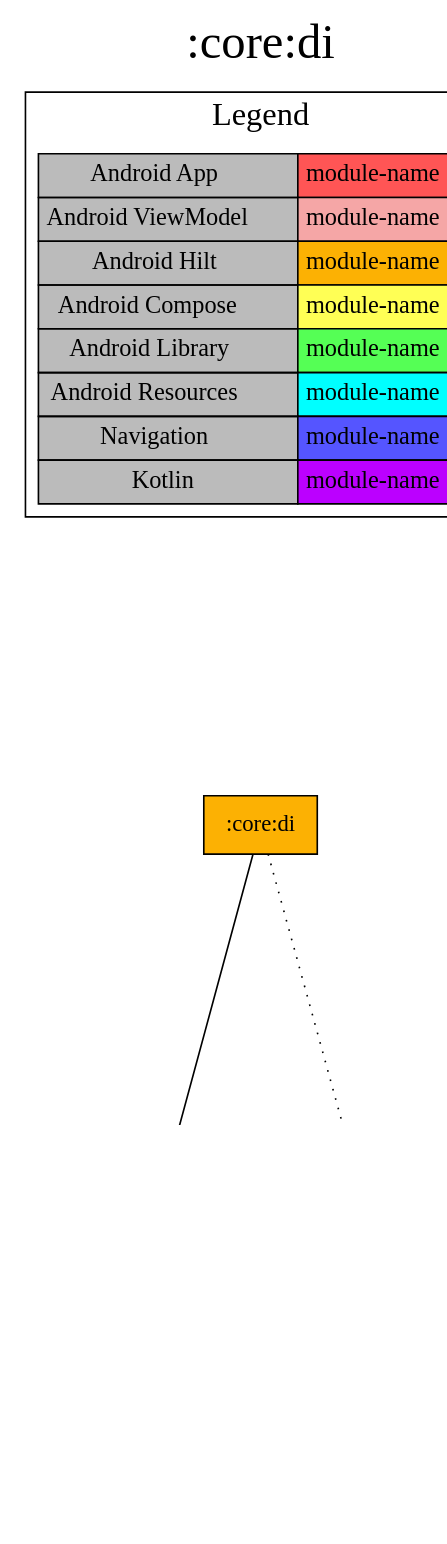
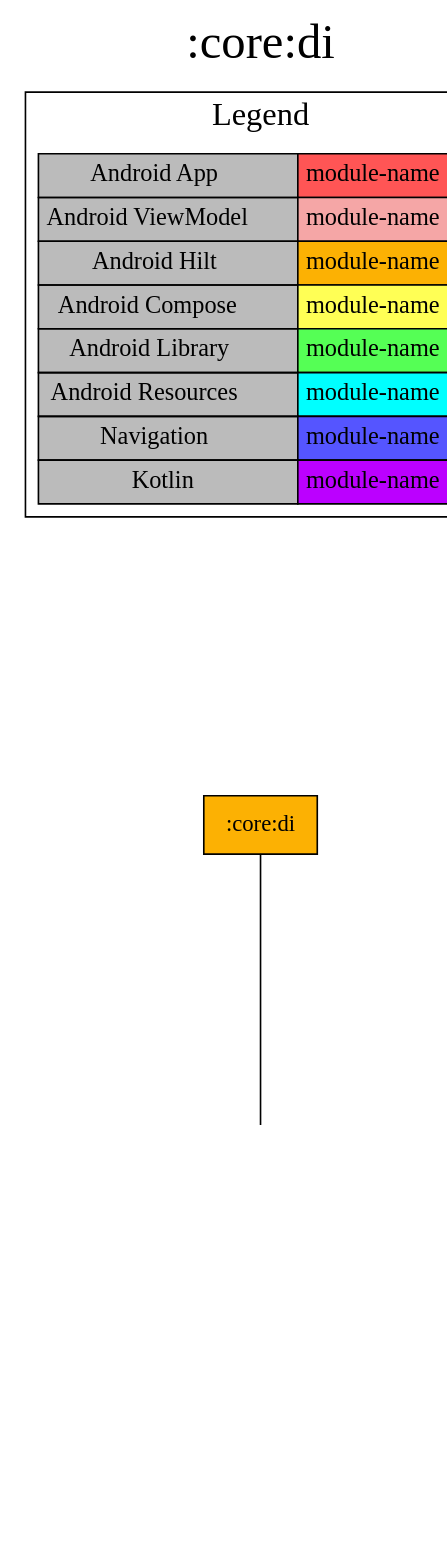
Before and after one commit to jonapoul/nasa-android: the diagram in modules/core/di/project-dependency-graph.dot, drawn with Graphviz. The commit also changed 85 other files, not shown here.

```diff
--- a/modules/core/di/project-dependency-graph.dot
+++ b/modules/core/di/project-dependency-graph.dot
@@ -1,34 +1,31 @@
 digraph {
 edge ["dir"="forward"]
 graph ["dpi"="100","label"=":core:di","labelloc"="t","fontsize"="30","ranksep"="2.5","rankdir"="TB"]
 node ["style"="filled"]
 ":core:di" ["shape"="box","fillcolor"="#FCB103"]
 ":core:android" ["fillcolor"="#55FF55","shape"="box"]
 ":core:model" ["fillcolor"="#BB00FF","shape"="box"]
-":core:http" ["fillcolor"="#BB00FF","shape"="box"]
 {
 edge ["dir"="none"]
 graph ["rank"="same"]
 ":core:di"
 }
 ":core:di" -> ":core:android"
-":core:di" -> ":core:http" ["style"="dotted"]
 ":core:android" -> ":core:model"
-":core:http" -> ":core:model"
 subgraph "cluster_legend" {
 edge ["dir"="none"]
 graph ["label"="Legend","fontsize"="20"]
 "Legend" ["style"="filled","fillcolor"="#bbbbbb","shape"="none","margin"="0","fontsize"="15","label"=<
 <TABLE BORDER="0" CELLBORDER="1" CELLSPACING="0" CELLPADDING="4">
 <TR><TD>Android App</TD><TD BGCOLOR="#FF5555">module-name</TD></TR>
 <TR><TD>Android ViewModel</TD><TD BGCOLOR="#F5A6A6">module-name</TD></TR>
 <TR><TD>Android Hilt</TD><TD BGCOLOR="#FCB103">module-name</TD></TR>
 <TR><TD>Android Compose</TD><TD BGCOLOR="#FFFF55">module-name</TD></TR>
 <TR><TD>Android Library</TD><TD BGCOLOR="#55FF55">module-name</TD></TR>
 <TR><TD>Android Resources</TD><TD BGCOLOR="#00FFFF">module-name</TD></TR>
 <TR><TD>Navigation</TD><TD BGCOLOR="#5555FF">module-name</TD></TR>
 <TR><TD>Kotlin</TD><TD BGCOLOR="#BB00FF">module-name</TD></TR>
 </TABLE>
 >]
 } -> ":core:di" ["style"="invis"]
 }
```
